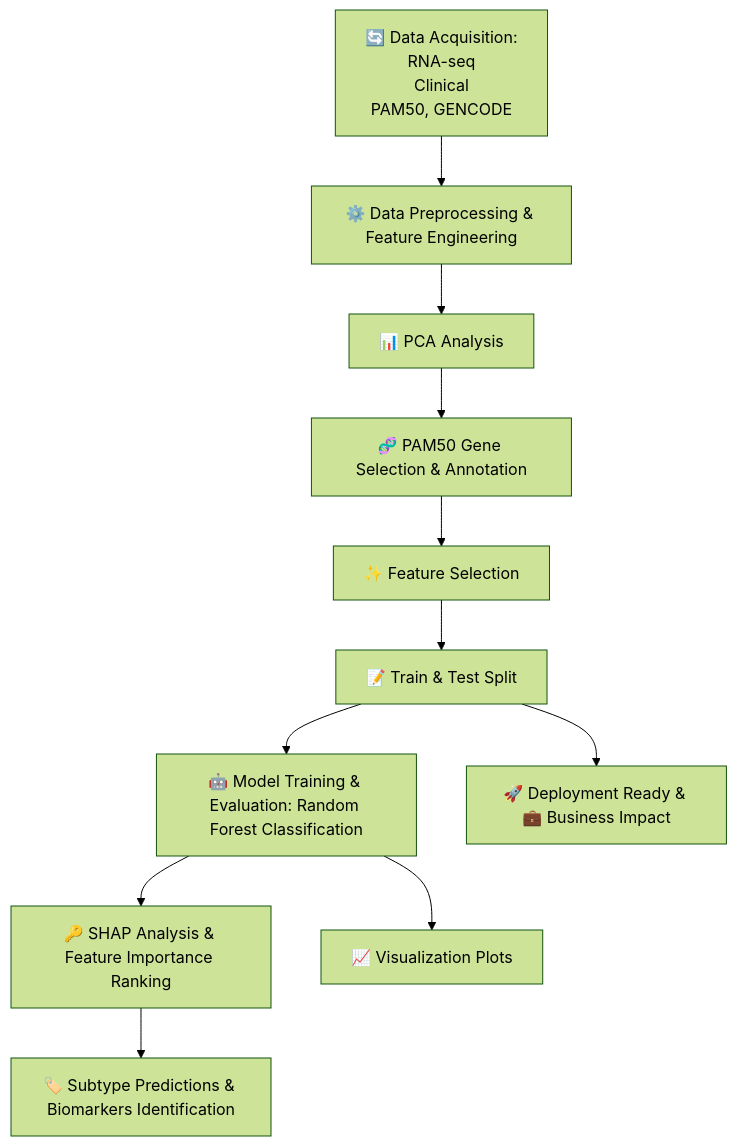
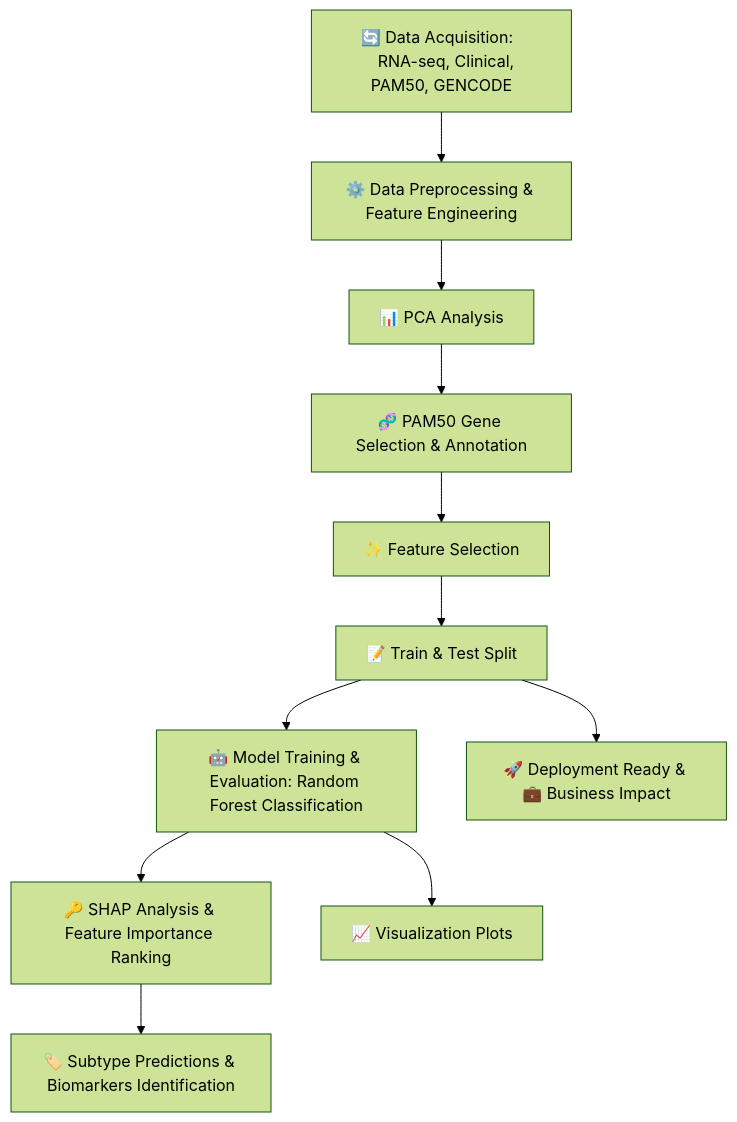
Before and after one commit to Yohansgit/Machine-Learning_Models_Projects: the second of 2 diagrams in mermaid_test.md, drawn with Mermaid (forest theme).

Commit message:
Fix formatting in mermaid flowchart

````diff
--- a/mermaid_test.md
+++ b/mermaid_test.md
@@ -7,16 +7,14 @@
 ```mermaid        
 flowchart TD                 
  A[🔄 Data Acquisition:  
-         RNA-seq   
-         Clinical  
-         PAM50, GENCODE] --> B[⚙️ Data Preprocessing & Feature Engineering]                   
+   RNA-seq, Clinical, PAM50, GENCODE] --> B[⚙️ Data Preprocessing & Feature Engineering]                   
     B --> C[📊 PCA Analysis]                      
     C --> D[🧬 PAM50 Gene Selection & Annotation]                      
     D --> E[✨ Feature Selection]                        
     E --> F[📝 Train & Test Split]                
     F --> G[🤖 Model Training & Evaluation: Random Forest Classification]                 
     G --> H[🔑 SHAP Analysis & Feature Importance Ranking]                  
     H --> I[🏷️ Subtype Predictions & Biomarkers Identification]               
     G --> J[📈 Visualization Plots]             
     F --> K[🚀 Deployment Ready & 💼 Business Impact]                    
 ``` 
````
